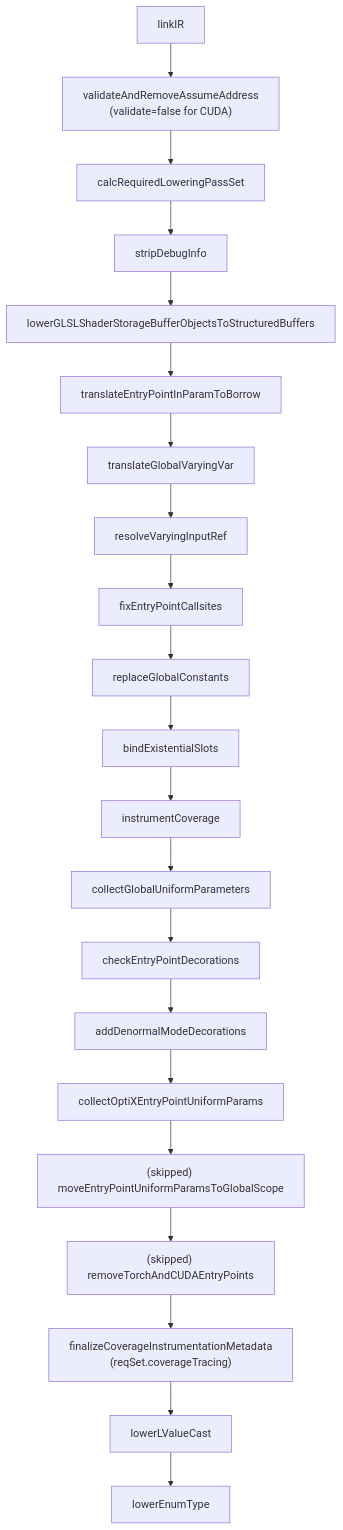
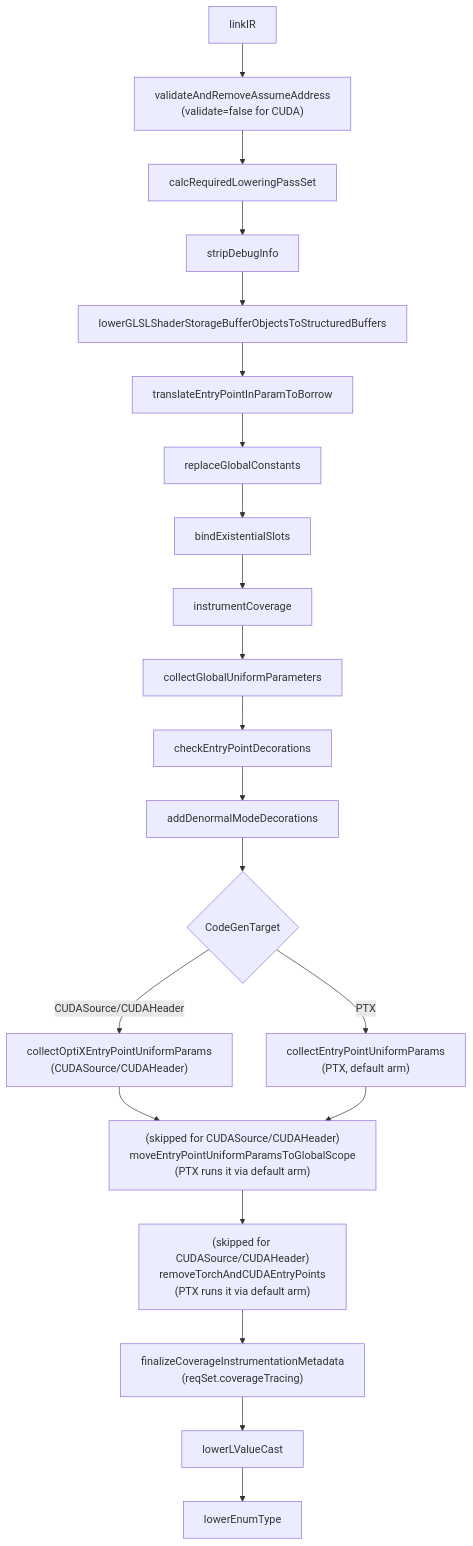
One commit to FireNameFN/panelwork-rs changed the second of 5 diagrams in slang-builder/deps/slang/share/doc/slang/generated/design/target-pipelines/cuda.md. Above: the diagram before and after it, drawn with Mermaid. The commit also changed other lines of this file and 3551 other files, not shown here.

````diff
--- a/slang-builder/deps/slang/share/doc/slang/generated/design/target-pipelines/cuda.md
+++ b/slang-builder/deps/slang/share/doc/slang/generated/design/target-pipelines/cuda.md
@@ -100,26 +111,28 @@
 ```mermaid
 flowchart TD
   linkIRn[linkIR]
   vaaaCuda["validateAndRemoveAssumeAddress<br/>(validate=false for CUDA)"]
   reqSet1[calcRequiredLoweringPassSet]
   stripDI[stripDebugInfo]
   ssbo[lowerGLSLShaderStorageBufferObjectsToStructuredBuffers]
   tEPInBorrow[translateEntryPointInParamToBorrow]
-  tGVV[translateGlobalVaryingVar]
-  rvir[resolveVaryingInputRef]
-  fEPC[fixEntryPointCallsites]
   rGC[replaceGlobalConstants]
   bES[bindExistentialSlots]
   iC[instrumentCoverage]
   cGUP[collectGlobalUniformParameters]
   cEPD[checkEntryPointDecorations]
   aDMD[addDenormalModeDecorations]
-  cOEPUP[collectOptiXEntryPointUniformParams]
-  skip_mEPUP["(skipped) moveEntryPointUniformParamsToGlobalScope"]
-  skip_rTCEP["(skipped) removeTorchAndCUDAEntryPoints"]
+  epuSwitch{"CodeGenTarget"}
+  cOEPUP["collectOptiXEntryPointUniformParams<br/>(CUDASource/CUDAHeader)"]
+  cEPUP_ptx["collectEntryPointUniformParams<br/>(PTX, default arm)"]
+  skip_mEPUP["(skipped for CUDASource/CUDAHeader)<br/>moveEntryPointUniformParamsToGlobalScope<br/>(PTX runs it via default arm)"]
+  skip_rTCEP["(skipped for CUDASource/CUDAHeader)<br/>removeTorchAndCUDAEntryPoints<br/>(PTX runs it via default arm)"]
   fCIM["finalizeCoverageInstrumentationMetadata<br/>(reqSet.coverageTracing)"]
   lLVC[lowerLValueCast]
   lET[lowerEnumType]
 
-  linkIRn --> vaaaCuda --> reqSet1 --> stripDI --> ssbo --> tEPInBorrow --> tGVV --> rvir --> fEPC --> rGC --> bES --> iC --> cGUP --> cEPD --> aDMD --> cOEPUP --> skip_mEPUP --> skip_rTCEP --> fCIM --> lLVC --> lET
+  linkIRn --> vaaaCuda --> reqSet1 --> stripDI --> ssbo --> tEPInBorrow --> rGC --> bES --> iC --> cGUP --> cEPD --> aDMD --> epuSwitch
+  epuSwitch -->|"CUDASource/CUDAHeader"| cOEPUP --> skip_mEPUP
+  epuSwitch -->|PTX| cEPUP_ptx --> skip_mEPUP
+  skip_mEPUP --> skip_rTCEP --> fCIM --> lLVC --> lET
 ```
````
